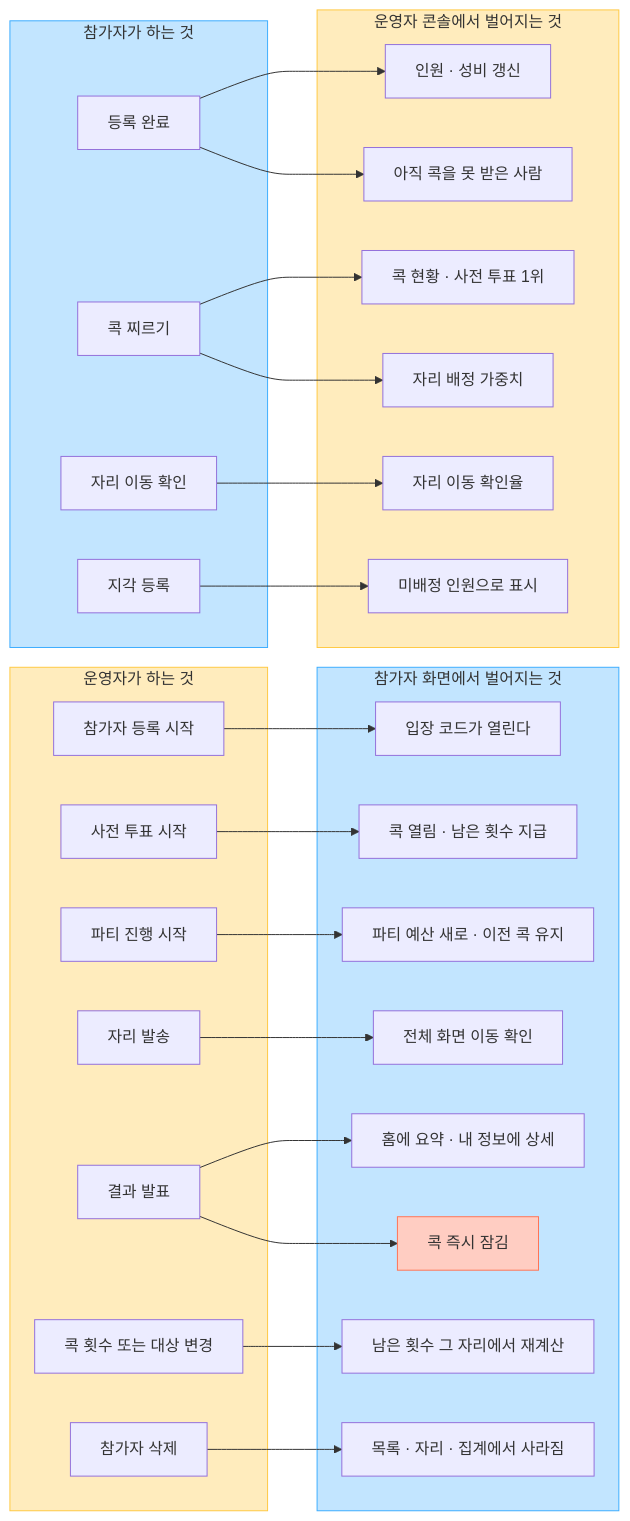
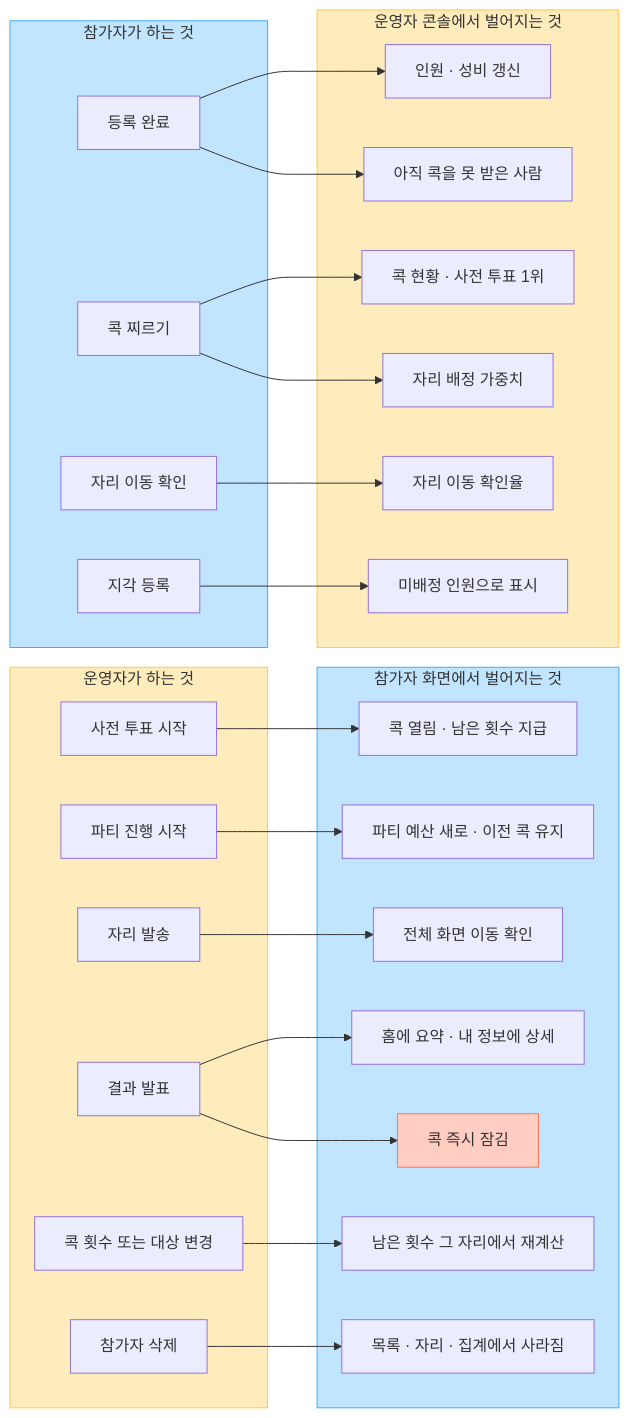
The third of 6 diagrams in docs/USER-FLOWS.md (xcellentbird/tone-pick), drawn with Mermaid before and after one commit. The commit also changed other lines of this file and 9 other files, not shown here.

````diff
--- a/docs/USER-FLOWS.md
+++ b/docs/USER-FLOWS.md
@@ -135,61 +146,58 @@
 ```mermaid
 flowchart LR
     subgraph host ["운영자가 하는 것"]
-        hReg["참가자 등록 시작"]
         hPre["사전 투표 시작"]
         hParty["파티 진행 시작"]
         hSeat["자리 발송"]
         hReveal["결과 발표"]
         hConfig["콕 횟수 또는 대상 변경"]
         hDelete["참가자 삭제"]
     end
 
     subgraph guest ["참가자 화면에서 벌어지는 것"]
-        gOpen["입장 코드가 열린다"]
         gPoke["콕 열림 · 남은 횟수 지급"]
         gBudget["파티 예산 새로 · 이전 콕 유지"]
         gSeat["전체 화면 이동 확인"]
         gResult["홈에 요약 · 내 정보에 상세"]
         gLock["콕 즉시 잠김"]
         gRecalc["남은 횟수 그 자리에서 재계산"]
         gGone["목록 · 자리 · 집계에서 사라짐"]
     end
 
     subgraph back ["참가자가 하는 것"]
         pJoin["등록 완료"]
         pPoke["콕 찌르기"]
         pAck["자리 이동 확인"]
         pLate["지각 등록"]
     end
 
     subgraph cons ["운영자 콘솔에서 벌어지는 것"]
         cCount["인원 · 성비 갱신"]
         cNoPoke["아직 콕을 못 받은 사람"]
         cRank["콕 현황 · 사전 투표 1위"]
         cWeight["자리 배정 가중치"]
         cAck["자리 이동 확인율"]
         cUnassigned["미배정 인원으로 표시"]
     end
 
-    hReg --> gOpen
     hPre --> gPoke
     hParty --> gBudget
     hSeat --> gSeat
     hReveal --> gResult
     hReveal --> gLock
     hConfig --> gRecalc
     hDelete --> gGone
 
     pJoin --> cCount
     pJoin --> cNoPoke
     pPoke --> cRank
     pPoke --> cWeight
     pAck --> cAck
     pLate --> cUnassigned
 
     style host fill:#FFECBD,stroke:#FFC943
     style cons fill:#FFECBD,stroke:#FFC943
     style guest fill:#C2E5FF,stroke:#3DADFF
     style back fill:#C2E5FF,stroke:#3DADFF
     style gLock fill:#FFCDC2,stroke:#FF7556
 ```
````
